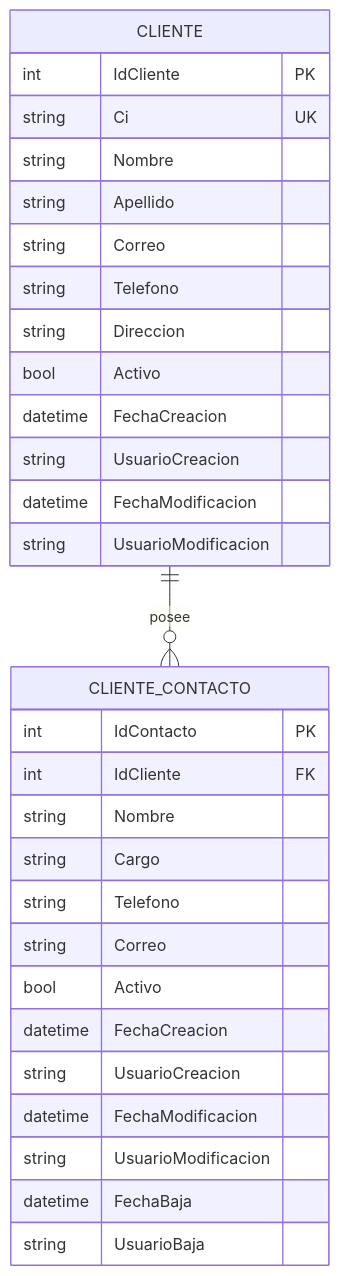
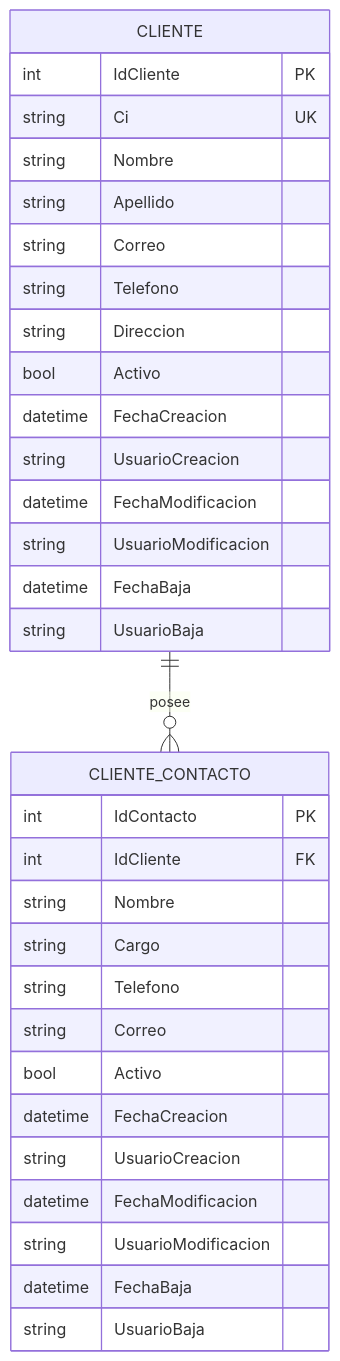
Before and after one commit to Macacofig/Ferreteria_Joel_MicroServicios: the eighth of 10 diagrams in FERRETERIA_JOEL_Web/Documentacion/Documento_Entregable_Unico.md, drawn with Mermaid. The commit also changed other lines of this file and 39 other files, not shown here.

````diff
--- a/FERRETERIA_JOEL_Web/Documentacion/Documento_Entregable_Unico.md
+++ b/FERRETERIA_JOEL_Web/Documentacion/Documento_Entregable_Unico.md
@@ -769,35 +812,37 @@
 ```mermaid
 erDiagram
     CLIENTE {
         int IdCliente PK
         string Ci UK
         string Nombre
         string Apellido
         string Correo
         string Telefono
         string Direccion
         bool Activo
         datetime FechaCreacion
         string UsuarioCreacion
         datetime FechaModificacion
         string UsuarioModificacion
+        datetime FechaBaja
+        string UsuarioBaja
     }
 
     CLIENTE_CONTACTO {
         int IdContacto PK
         int IdCliente FK
         string Nombre
         string Cargo
         string Telefono
         string Correo
         bool Activo
         datetime FechaCreacion
         string UsuarioCreacion
         datetime FechaModificacion
         string UsuarioModificacion
         datetime FechaBaja
         string UsuarioBaja
     }
 
     CLIENTE ||--o{ CLIENTE_CONTACTO : posee
 ```
````
